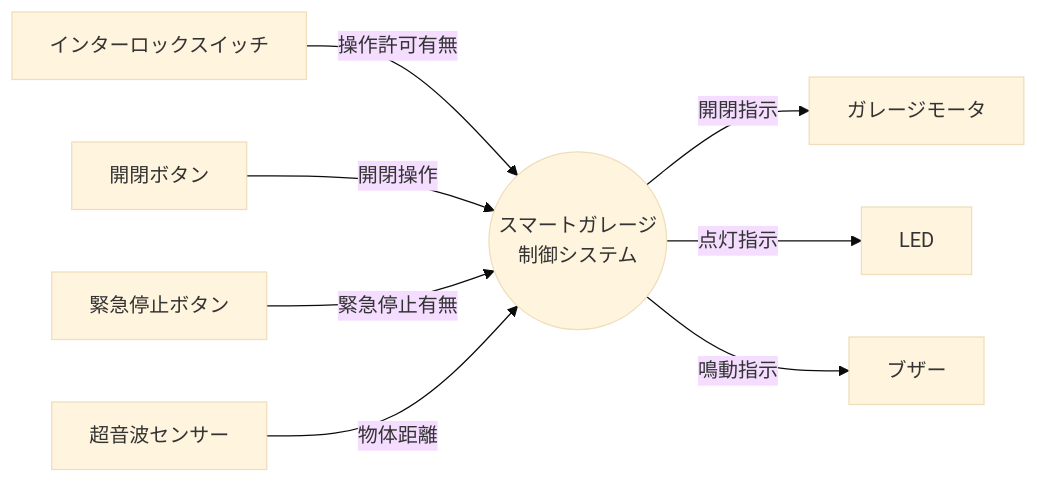
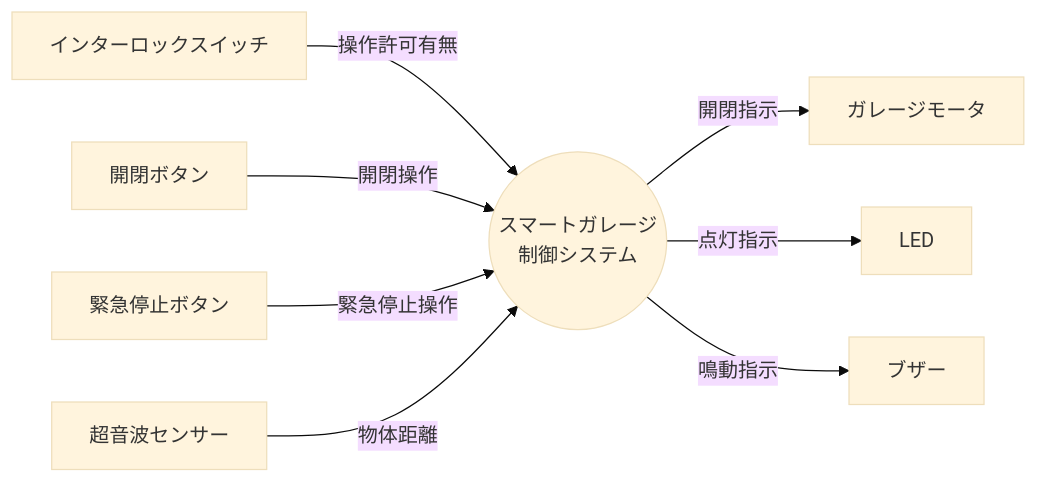
One commit to sueken9/DevOps changed the diagram in projects/smart_garage/要求分析/context_diagram.md. Above: the diagram before and after it, drawn with Mermaid (base theme). The commit also changed other lines of this file and 6 other files, not shown here.

````diff
--- a/projects/smart_garage/要求分析/context_diagram.md
+++ b/projects/smart_garage/要求分析/context_diagram.md
@@ -9,13 +9,13 @@
 ```mermaid
 flowchart LR
     interlock[インターロックスイッチ] -->|操作許可有無| system
     open_close_btn[開閉ボタン] -->|開閉操作| system
-    emergency_btn[緊急停止ボタン] -->|緊急停止有無| system
+    emergency_btn[緊急停止ボタン] -->|緊急停止操作| system
     ultrasonic[超音波センサー] -->|物体距離| system
 
     system((スマートガレージ\n制御システム))
 
     system -->|開閉指示| motor[ガレージモータ]
     system -->|点灯指示| led[LED]
     system -->|鳴動指示| buzzer[ブザー]
 ```
````
